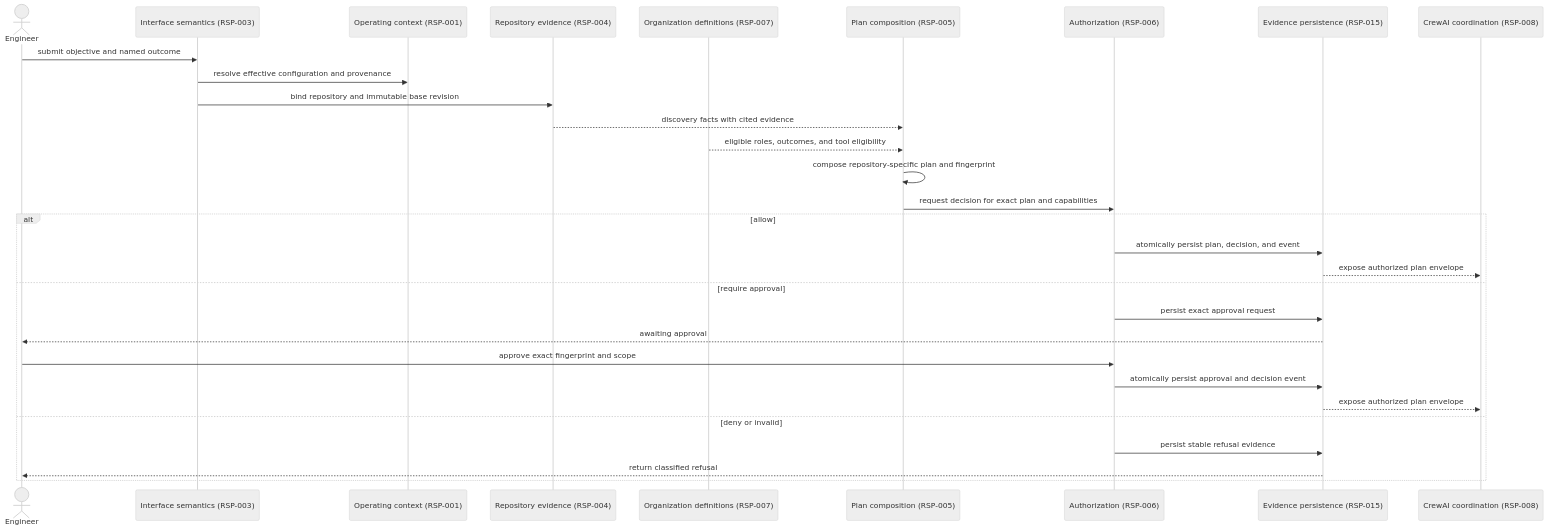
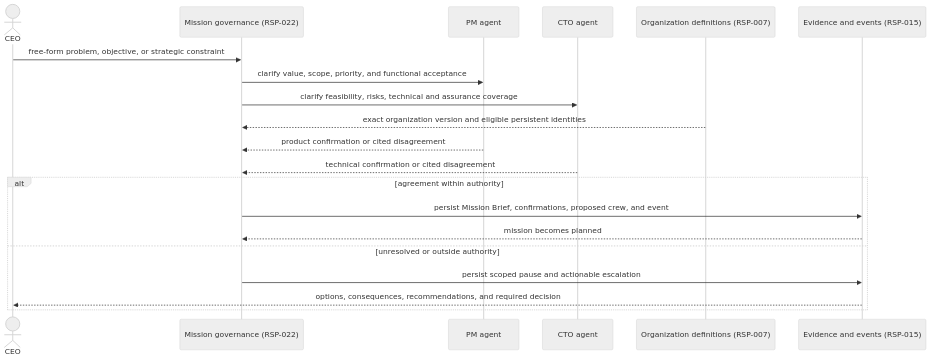
One commit to Y4NN777/mishkan changed the third of 12 diagrams in docs/SYSTEM/MODEL.md. Above: the diagram before and after it, drawn with Mermaid (neutral theme). The commit also changed other lines of this file and 1 other file, not shown here.

Commit message:
docs(model): derive mission capability and harness behavior

````diff
--- a/docs/SYSTEM/MODEL.md
+++ b/docs/SYSTEM/MODEL.md
@@ -150,33 +95,22 @@
 ```mermaid
 sequenceDiagram
-    actor E as Engineer
-    participant I as Interface semantics (RSP-003)
-    participant C as Operating context (RSP-001)
-    participant R as Repository evidence (RSP-004)
+    actor CEO
+    participant M as Mission governance (RSP-022)
+    participant PM as PM agent
+    participant CTO as CTO agent
     participant O as Organization definitions (RSP-007)
-    participant P as Plan composition (RSP-005)
-    participant A as Authorization (RSP-006)
-    participant V as Evidence persistence (RSP-015)
-    participant X as CrewAI coordination (RSP-008)
-
-    E->>I: submit objective and named outcome
-    I->>C: resolve effective configuration and provenance
-    I->>R: bind repository and immutable base revision
-    R-->>P: discovery facts with cited evidence
-    O-->>P: eligible roles, outcomes, and tool eligibility
-    P->>P: compose repository-specific plan and fingerprint
-    P->>A: request decision for exact plan and capabilities
-    alt allow
-        A->>V: atomically persist plan, decision, and event
-        V-->>X: expose authorized plan envelope
-    else require approval
-        A->>V: persist exact approval request
-        V-->>E: awaiting approval
-        E->>A: approve exact fingerprint and scope
-        A->>V: atomically persist approval and decision event
-        V-->>X: expose authorized plan envelope
-    else deny or invalid
-        A->>V: persist stable refusal evidence
-        V-->>E: return classified refusal
+    participant V as Evidence and events (RSP-015)
+    CEO->>M: free-form problem, objective, or strategic constraint
+    M->>PM: clarify value, scope, priority, and functional acceptance
+    M->>CTO: clarify feasibility, risks, technical and assurance coverage
+    O-->>M: exact organization version and eligible persistent identities
+    PM-->>M: product confirmation or cited disagreement
+    CTO-->>M: technical confirmation or cited disagreement
+    alt agreement within authority
+        M->>V: persist Mission Brief, confirmations, proposed crew, and event
+        V-->>M: mission becomes planned
+    else unresolved or outside authority
+        M->>V: persist scoped pause and actionable escalation
+        V-->>CEO: options, consequences, recommendations, and required decision
     end
 ```
````
